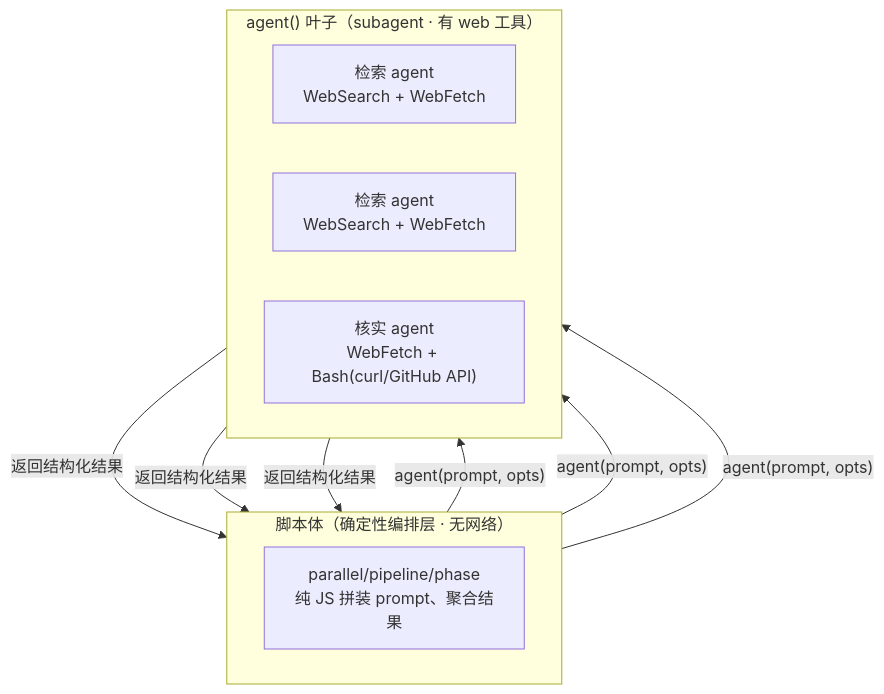
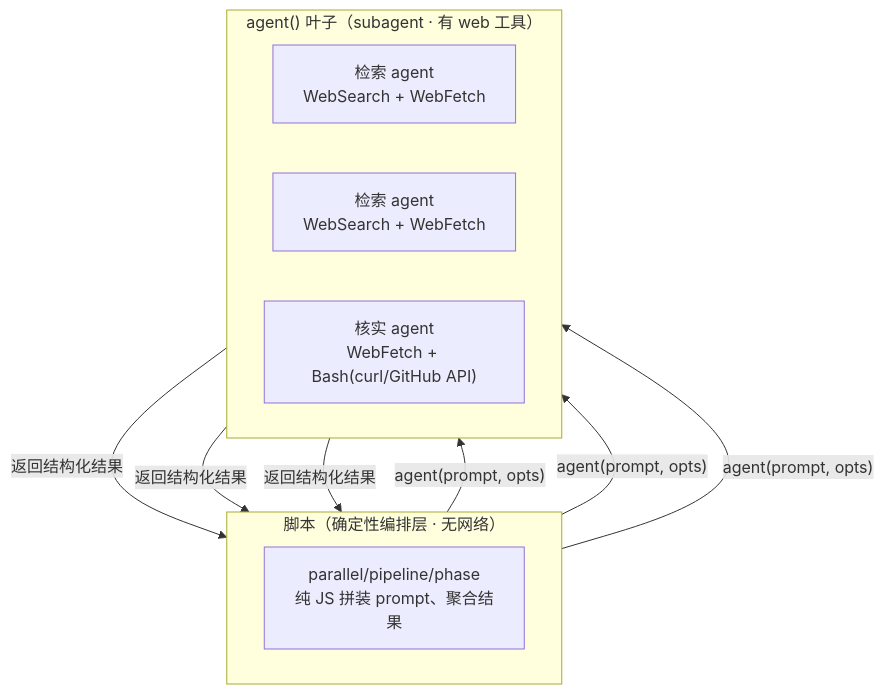
The second of 3 diagrams in docs/zh/p3-13-deep-research.md (AGI-is-going-to-arrive/workflow-cookbook), drawn with Mermaid before and after one commit. The commit also changed other lines of this file and 78 other files, not shown here.

````diff
--- a/docs/zh/p3-13-deep-research.md
+++ b/docs/zh/p3-13-deep-research.md
@@ -53,17 +53,17 @@
 ```mermaid
 flowchart TB
-  subgraph SCRIPT["脚本体（确定性编排层 · 无网络）"]
+  subgraph SCRIPT["脚本（确定性编排层 · 无网络）"]
     direction LR
     code["parallel/pipeline/phase<br/>纯 JS 拼装 prompt、聚合结果"]
   end
   subgraph AGENTS["agent() 叶子（subagent · 有 web 工具）"]
     direction LR
     a1["检索 agent<br/>WebSearch + WebFetch"]
     a2["检索 agent<br/>WebSearch + WebFetch"]
     a3["核实 agent<br/>WebFetch + Bash(curl/GitHub API)"]
   end
   code -->|"agent(prompt, opts)"| a1
   code -->|"agent(prompt, opts)"| a2
   code -->|"agent(prompt, opts)"| a3
   a1 & a2 & a3 -->|"返回结构化结果"| code
 ```
````
